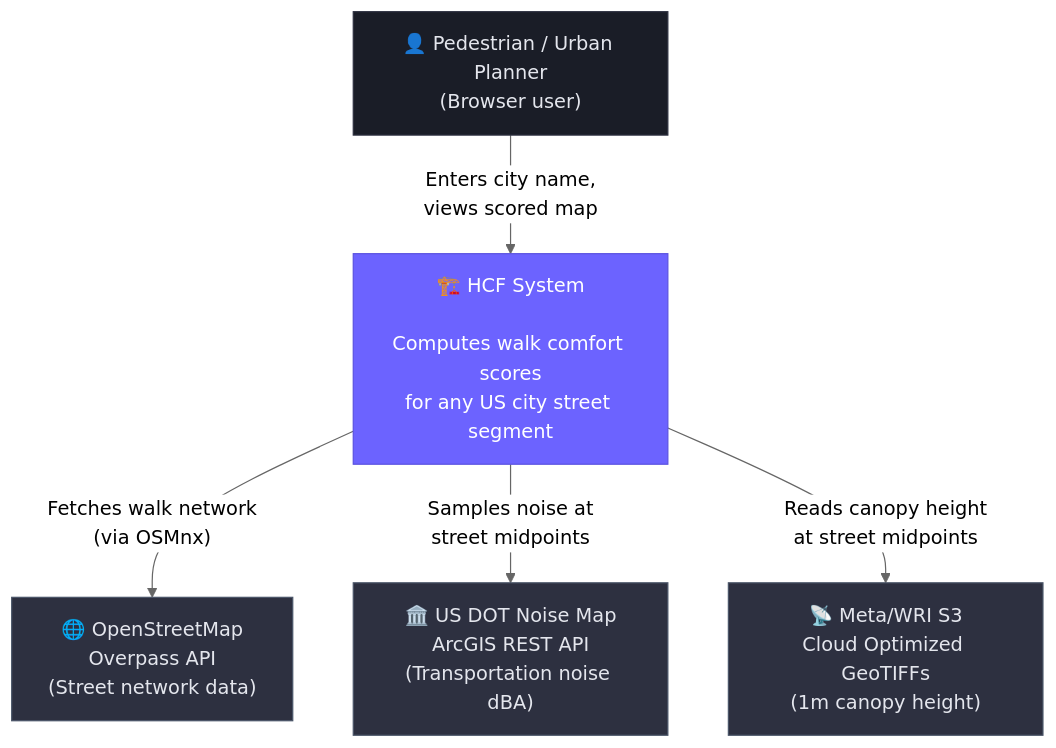
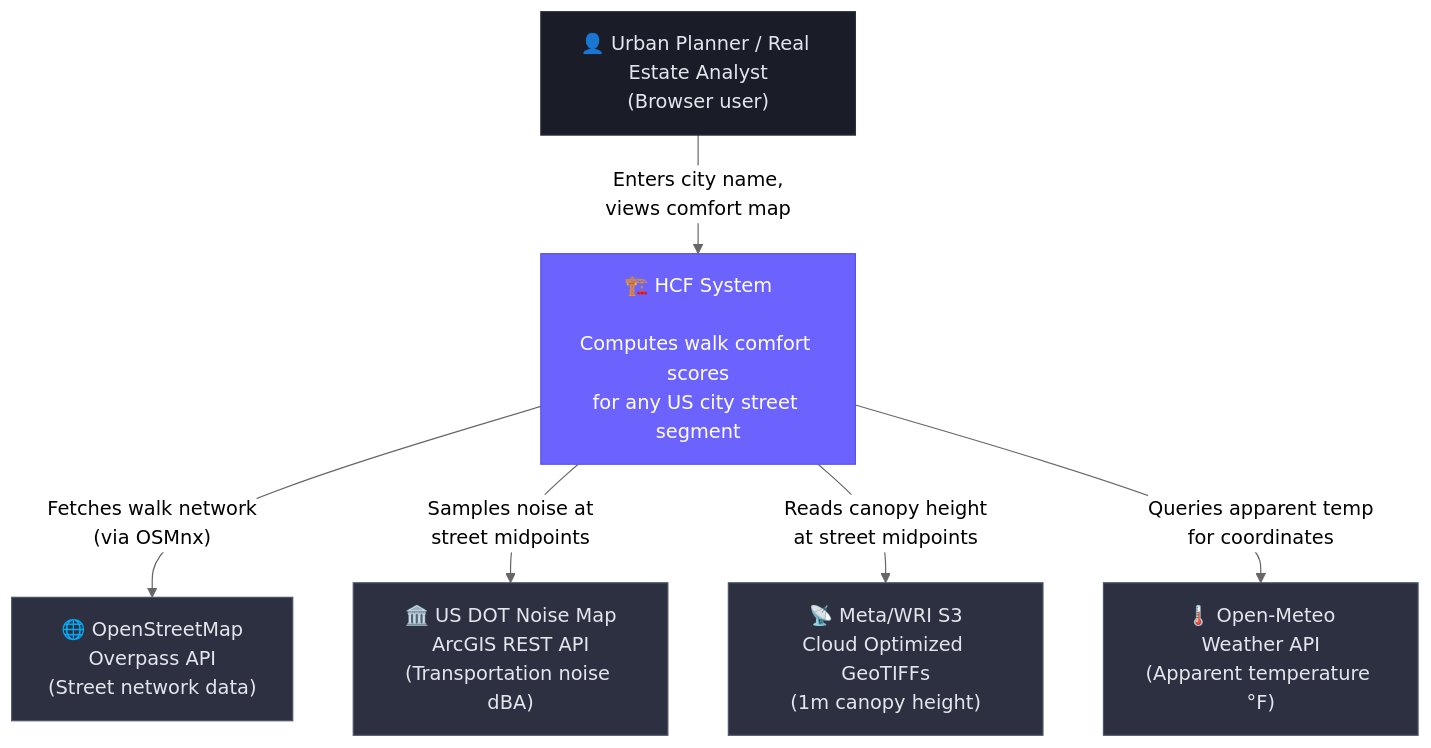
One commit to Jonathanrbarrow/HCF changed the diagram in docs/c4/context.md. Above: the diagram before and after it, drawn with Mermaid (neutral theme). The commit also changed other lines of this file and 7 other files, not shown here.

````diff
--- a/docs/c4/context.md
+++ b/docs/c4/context.md
@@ -5,21 +5,24 @@
 ```mermaid
 graph TB
-    User["👤 Pedestrian / Urban Planner\n(Browser user)"]
+    User["👤 Urban Planner / Real Estate Analyst\n(Browser user)"]
 
     HCF["🏗️ HCF System\n\nComputes walk comfort scores\nfor any US city street segment"]
 
     OSM["🌐 OpenStreetMap\nOverpass API\n(Street network data)"]
     DOT["🏛️ US DOT Noise Map\nArcGIS REST API\n(Transportation noise dBA)"]
     META["📡 Meta/WRI S3\nCloud Optimized GeoTIFFs\n(1m canopy height)"]
+    METEO["🌡️ Open-Meteo\nWeather API\n(Apparent temperature °F)"]
 
-    User -->|"Enters city name,\nviews scored map"| HCF
+    User -->|"Enters city name,\nviews comfort map"| HCF
     HCF -->|"Fetches walk network\n(via OSMnx)"| OSM
     HCF -->|"Samples noise at\nstreet midpoints"| DOT
     HCF -->|"Reads canopy height\nat street midpoints"| META
+    HCF -->|"Queries apparent temp\nfor coordinates"| METEO
 
     style HCF fill:#6c63ff,color:#fff,stroke:#5a52e0
     style User fill:#1a1d27,color:#e4e6ed,stroke:#2d3040
     style OSM fill:#2d3040,color:#e4e6ed,stroke:#4a5568
     style DOT fill:#2d3040,color:#e4e6ed,stroke:#4a5568
     style META fill:#2d3040,color:#e4e6ed,stroke:#4a5568
+    style METEO fill:#2d3040,color:#e4e6ed,stroke:#4a5568
 ```
````
